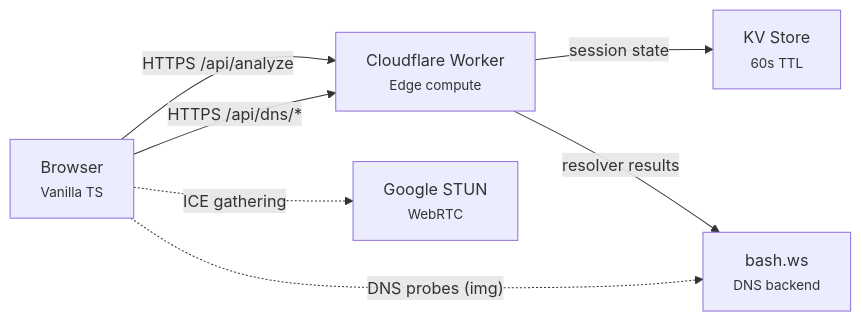
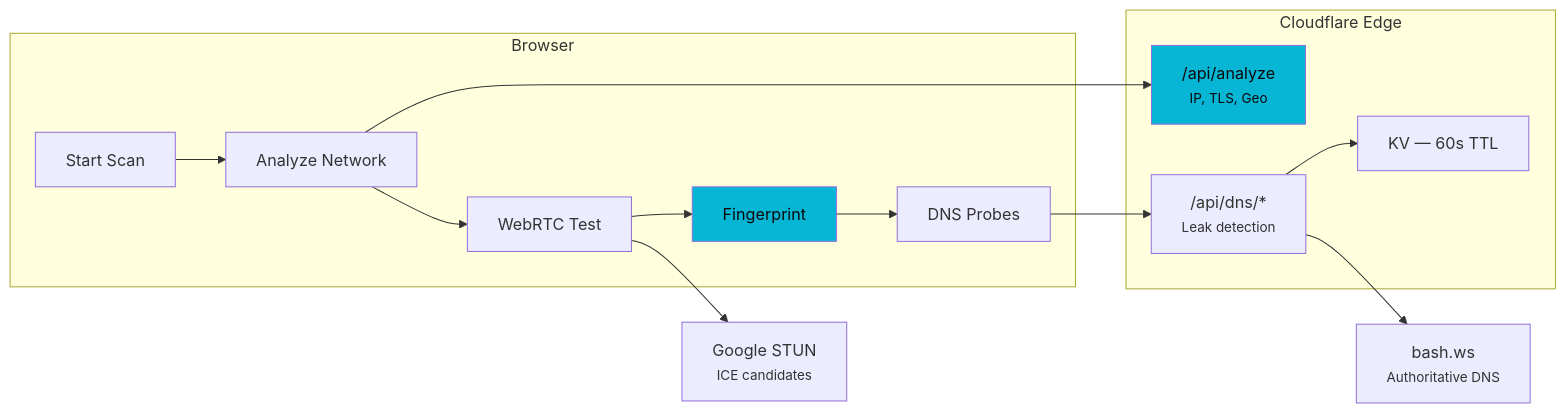
The diagram in README.md (ygbull/DNSLeakTester), drawn with Mermaid before and after one commit. The commit also changed other lines of this file, not shown here.

````diff
--- a/README.md
+++ b/README.md
@@ -40,15 +13,21 @@
 ```mermaid
 flowchart LR
-    Browser["Browser<br/><small>Vanilla TS</small>"]
-    Worker["Cloudflare Worker<br/><small>Edge compute</small>"]
-    KV["KV Store<br/><small>60s TTL</small>"]
-    BashWs["bash.ws<br/><small>DNS backend</small>"]
-    STUN["Google STUN<br/><small>WebRTC</small>"]
+    subgraph Browser
+        A[Start Scan] --> B[Analyze Network]
+        B --> C[WebRTC Test]
+        C --> D[Fingerprint]
+        D --> E[DNS Probes]
+    end
 
-    Browser -- "HTTPS /api/analyze" --> Worker
-    Browser -- "HTTPS /api/dns/*" --> Worker
-    Browser -. "ICE gathering" .-> STUN
-    Browser -. "DNS probes (img)" .-> BashWs
-    Worker -- "session state" --> KV
-    Worker -- "resolver results" --> BashWs
+    subgraph Cloudflare Edge
+        B --> API["/api/analyze<br/><small>IP, TLS, Geo</small>"]
+        E --> DNS["/api/dns/*<br/><small>Leak detection</small>"]
+        DNS --> KV[KV — 60s TTL]
+    end
+
+    DNS --> BashWs["bash.ws<br/><small>Authoritative DNS</small>"]
+    C --> STUN["Google STUN<br/><small>ICE candidates</small>"]
+
+    style D fill:#06b6d4,color:#09090b
+    style API fill:#06b6d4,color:#09090b
 ```
````
